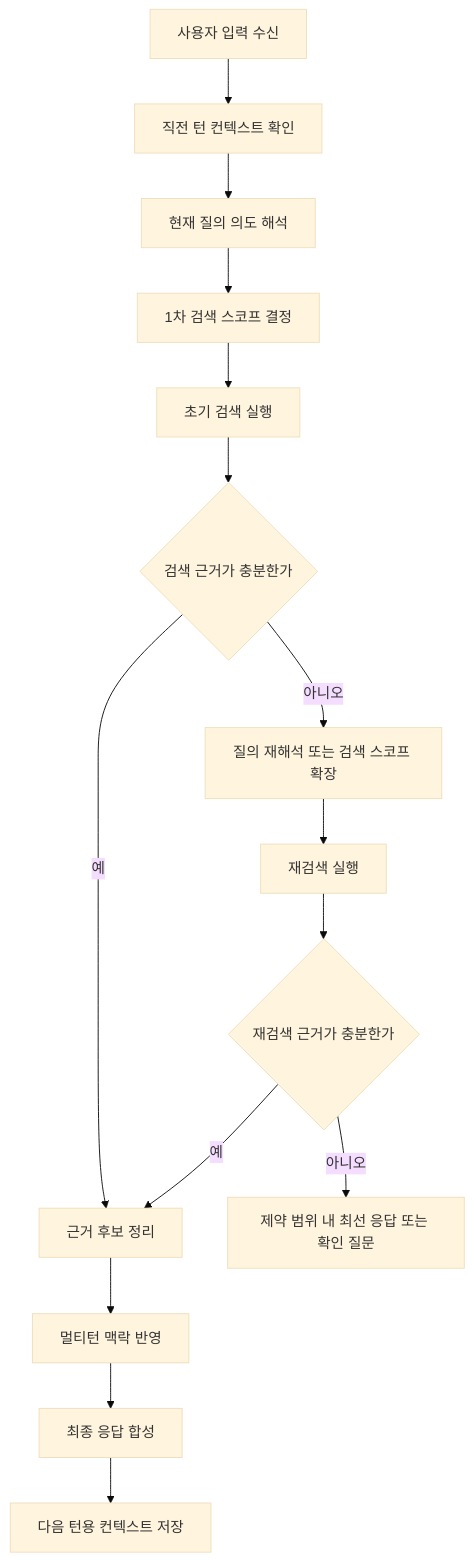
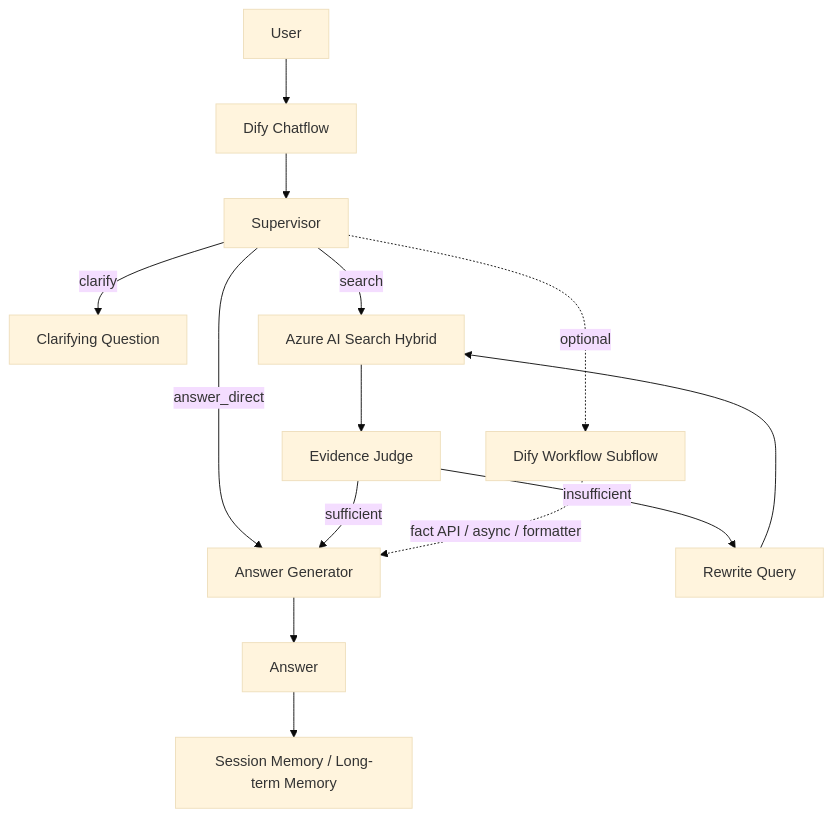
Before and after one commit to kijungchoi-hub/aia-multiturn-with-llm-and-rag: the diagram in README.md, drawn with Mermaid (base theme). The commit also changed other lines of this file and 7 other files, not shown here.

````diff
--- a/README.md
+++ b/README.md
@@ -23,17 +25,16 @@
 ```mermaid
 flowchart TD
-    A[사용자 입력 수신] --> B[직전 턴 컨텍스트 확인]
-    B --> C[현재 질의 의도 해석]
-    C --> D[1차 검색 스코프 결정]
-    D --> E[초기 검색 실행]
-    E --> F{검색 근거가 충분한가}
-    F -->|예| G[근거 후보 정리]
-    F -->|아니오| H[질의 재해석 또는 검색 스코프 확장]
-    H --> I[재검색 실행]
-    I --> J{재검색 근거가 충분한가}
-    J -->|예| G
-    J -->|아니오| K[제약 범위 내 최선 응답 또는 확인 질문]
-    G --> L[멀티턴 맥락 반영]
-    L --> M[최종 응답 합성]
-    M --> N[다음 턴용 컨텍스트 저장]
+    U[User] --> C[Dify Chatflow]
+    C --> S[Supervisor]
+    S -->|answer_direct| A[Answer Generator]
+    S -->|clarify| Q[Clarifying Question]
+    S -->|search| H[Azure AI Search Hybrid]
+    H --> J[Evidence Judge]
+    J -->|sufficient| A
+    J -->|insufficient| R[Rewrite Query]
+    R --> H
+    A --> O[Answer]
+    O --> M[Session Memory / Long-term Memory]
+    S -. optional .-> W[Dify Workflow Subflow]
+    W -. fact API / async / formatter .-> A
 ```
````
